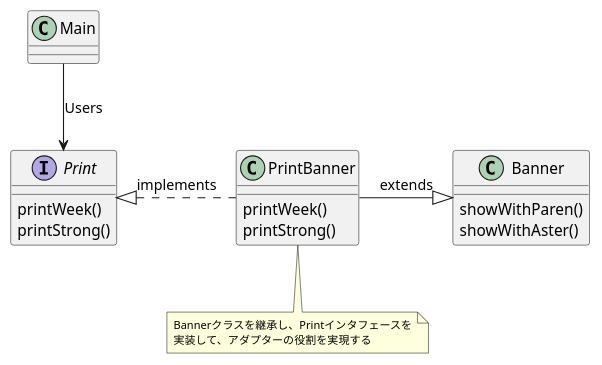
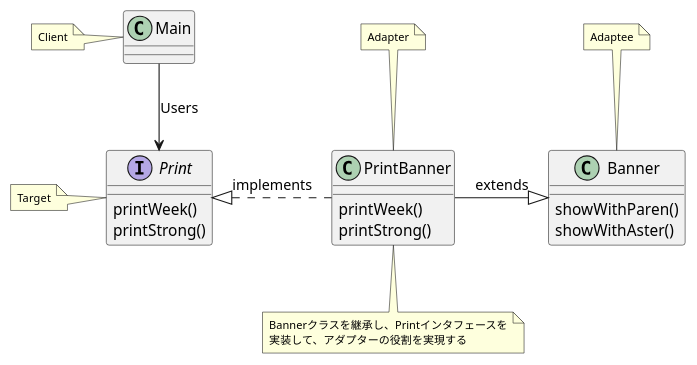
Before and after one commit to beatkei/myjava: the diagram in doc/adapter/extend/adapter.puml, drawn with PlantUML. The commit also changed 10 other files, not shown here.

Commit message:
prototypeを追加＆クラス図に役割名をコメントで追加

```diff
--- a/doc/adapter/extend/adapter.puml
+++ b/doc/adapter/extend/adapter.puml
@@ -1,29 +1,45 @@
 @startuml
 
 class Main {
 }
 
 interface Print {
     printWeek()
     printStrong()
 }
 
 class PrintBanner {
     printWeek()
     printStrong()
 }
 note bottom
     <size:10>Bannerクラスを継承し、Printインタフェースを
     <size:10>実装して、アダプターの役割を実現する
 end note
 
 class Banner {
     showWithParen()
     showWithAster()
 }
 
 Main -do-> Print:Users
 Print <|.ri. PrintBanner:implements
 PrintBanner -ri-|> Banner:extends
 
+note left of Main
+    <size:10>Client
+end note
+
+note left of Print
+    <size:10>Target
+end note
+
+note top of PrintBanner
+    <size:10>Adapter
+end note
+
+note top of Banner
+    <size:10>Adaptee
+end note
+
 @enduml
```
